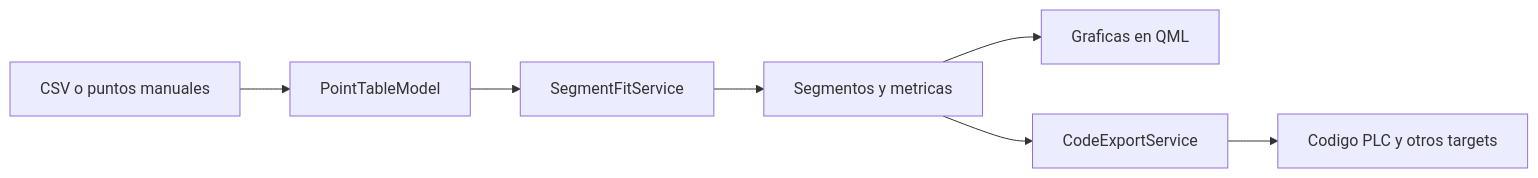
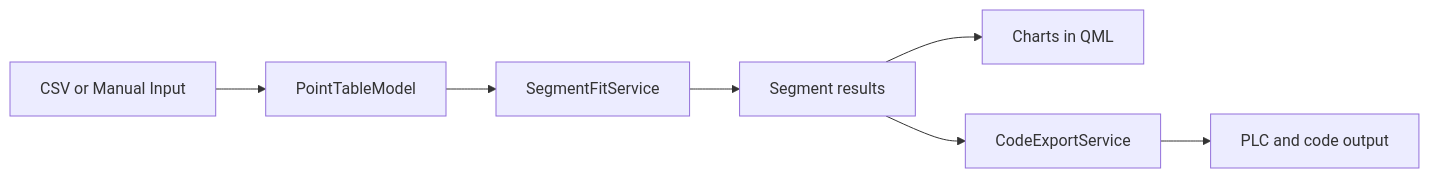
One commit to ai-cain/segmented-linear-fit-encoder changed the diagram in README.md. Above: the diagram before and after it, drawn with Mermaid. The commit also changed other lines of this file and 11 other files, not shown here.

````diff
--- a/README.md
+++ b/README.md
@@ -16,9 +16,9 @@
 ```mermaid
 flowchart LR
-    A[CSV o puntos manuales] --> B[PointTableModel]
+    A[CSV or Manual Input] --> B[PointTableModel]
     B --> C[SegmentFitService]
-    C --> D[Segmentos y metricas]
-    D --> E[Graficas en QML]
+    C --> D[Segment results]
+    D --> E[Charts in QML]
     D --> F[CodeExportService]
-    F --> G[Codigo PLC y otros targets]
+    F --> G[PLC and code output]
 ```
````
